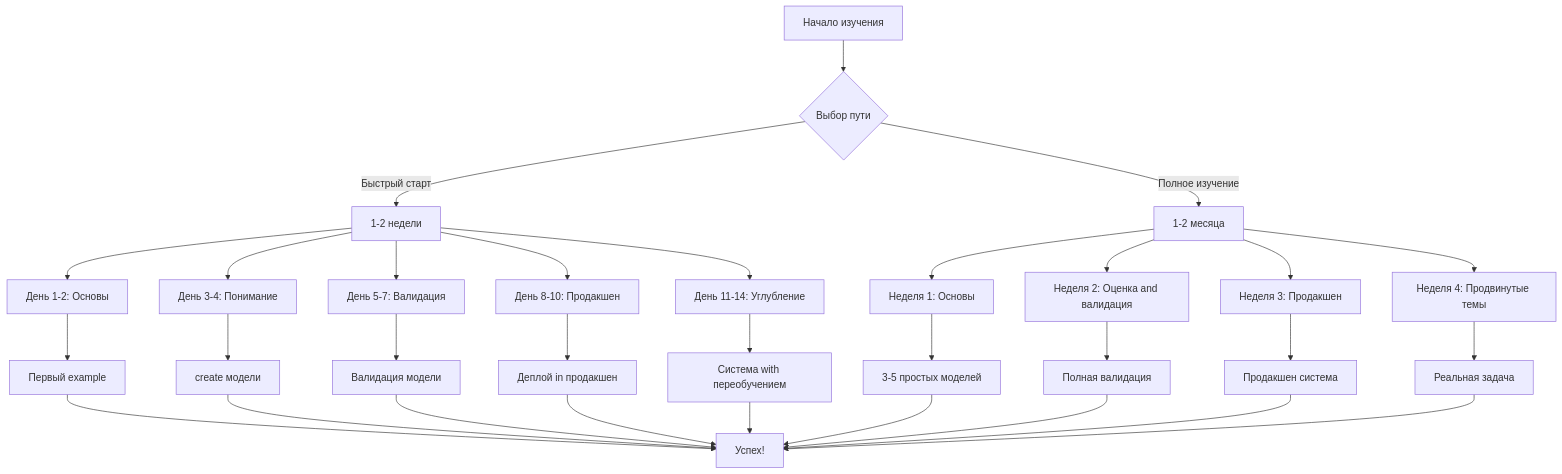
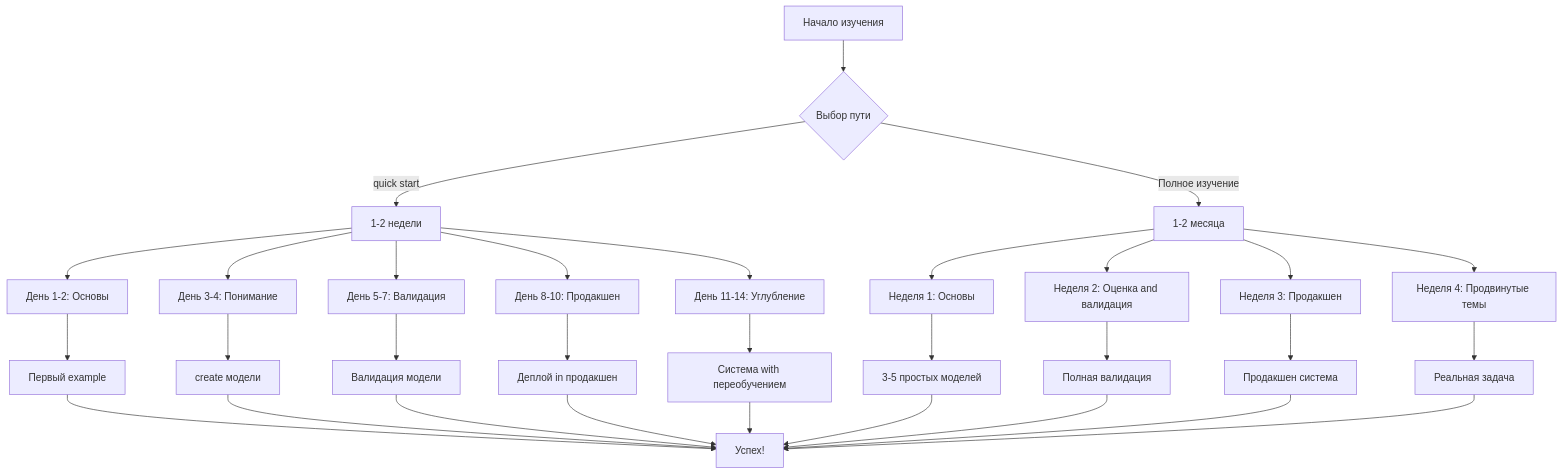
The first of 8 diagrams in docs/automl/gluon/25_reading_guide.md (NeoZorK/neozork-hld-prediction), drawn with Mermaid before and after one commit. The commit also changed other lines of this file and 102 other files, not shown here.

````diff
--- a/docs/automl/gluon/25_reading_guide.md
+++ b/docs/automl/gluon/25_reading_guide.md
@@ -36,38 +36,38 @@
 ```mermaid
 graph TD
  A[Начало изучения] --> B{Выбор пути}
- B -->|Быстрый старт| C[1-2 недели]
+ B -->|quick start| C[1-2 недели]
  B -->|Полное изучение| D[1-2 месяца]
 
  C --> C1[День 1-2: Основы]
  C --> C2[День 3-4: Понимание]
  C --> C3[День 5-7: Валидация]
  C --> C4[День 8-10: Продакшен]
  C --> C5[День 11-14: Углубление]
 
  D --> D1[Неделя 1: Основы]
  D --> D2[Неделя 2: Оценка and валидация]
  D --> D3[Неделя 3: Продакшен]
  D --> D4[Неделя 4: Продвинутые темы]
 
  C1 --> E[Первый example]
  C2 --> F[create модели]
  C3 --> G[Валидация модели]
  C4 --> H[Деплой in продакшен]
  C5 --> I[Система with переобучением]
 
  D1 --> J[3-5 простых моделей]
  D2 --> K[Полная валидация]
  D3 --> L[Продакшен система]
  D4 --> M[Реальная задача]
 
  E --> N[Успех!]
  F --> N
  G --> N
  H --> N
  I --> N
  J --> N
  K --> N
  L --> N
  M --> N
 ```
````
